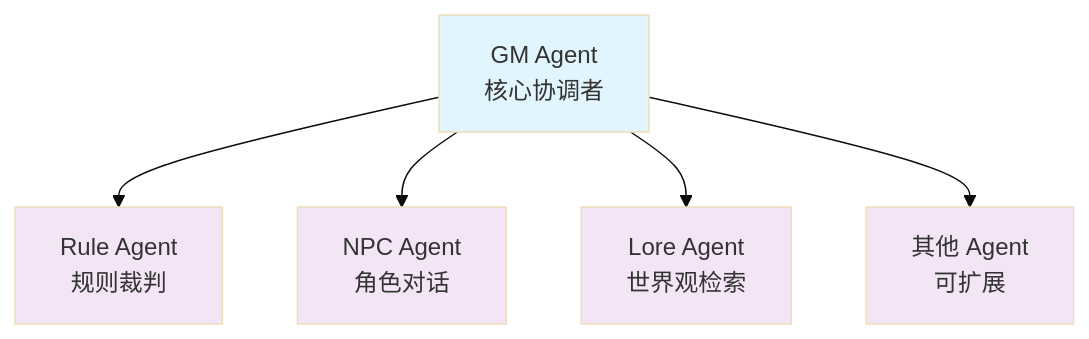
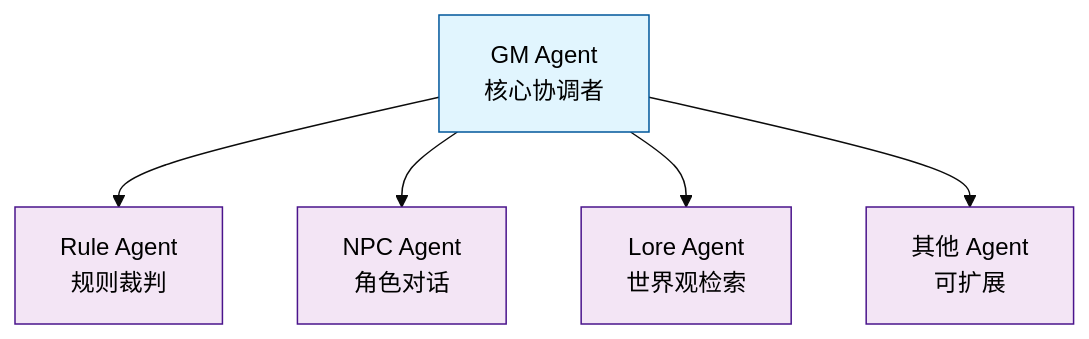
Before and after one commit to Rene-Zhou/Astinus: the diagram in README.md, drawn with Mermaid (base theme).

Commit message:
fix: 修正 README.md 中 mermaid 文字颜色

````diff
--- a/README.md
+++ b/README.md
@@ -140,13 +140,13 @@
 ```mermaid
 graph TD
     GM[GM Agent<br/>核心协调者] --> R[Rule Agent<br/>规则裁判]
     GM --> N[NPC Agent<br/>角色对话]
     GM --> L[Lore Agent<br/>世界观检索]
     GM --> O[其他 Agent<br/>可扩展]
 
-    style GM fill:#e1f5fe
-    style R fill:#f3e5f5
-    style N fill:#f3e5f5
-    style L fill:#f3e5f5
-    style O fill:#f3e5f5
+    style GM fill:#e1f5fe,stroke:#01579b,color:#000000
+    style R fill:#f3e5f5,stroke:#4a148c,color:#000000
+    style N fill:#f3e5f5,stroke:#4a148c,color:#000000
+    style L fill:#f3e5f5,stroke:#4a148c,color:#000000
+    style O fill:#f3e5f5,stroke:#4a148c,color:#000000
 ```
````
